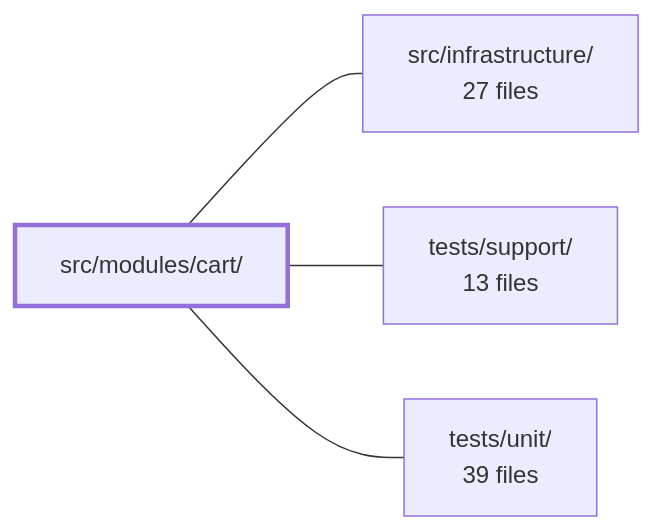
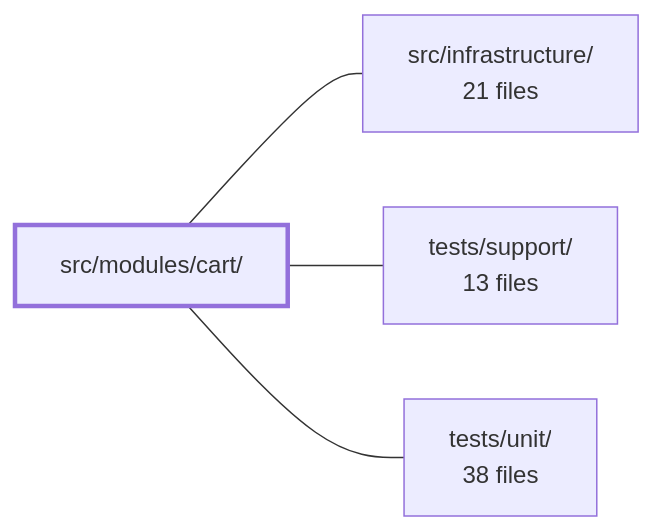
The diagram in .2repo/modules/boilerplate-vue-frontend_src_modules_cart.md (Guebbit/boilerplate-vue-frontend), drawn with Mermaid before and after one commit. The commit also changed other lines of this file and 335 other files, not shown here.

````diff
--- a/.2repo/modules/boilerplate-vue-frontend_src_modules_cart.md
+++ b/.2repo/modules/boilerplate-vue-frontend_src_modules_cart.md
@@ -37,11 +38,11 @@
 ```mermaid
 flowchart LR
     m_src_modules_cart["src/modules/cart/"]
-    m_src_infrastructure["src/infrastructure/<br/>27 files"]
+    m_src_infrastructure["src/infrastructure/<br/>21 files"]
     m_tests_support["tests/support/<br/>13 files"]
-    m_tests_unit["tests/unit/<br/>39 files"]
+    m_tests_unit["tests/unit/<br/>38 files"]
     m_src_modules_cart --- m_src_infrastructure
     m_src_modules_cart --- m_tests_support
     m_src_modules_cart --- m_tests_unit
     style m_src_modules_cart stroke-width:3px
 ```
````
